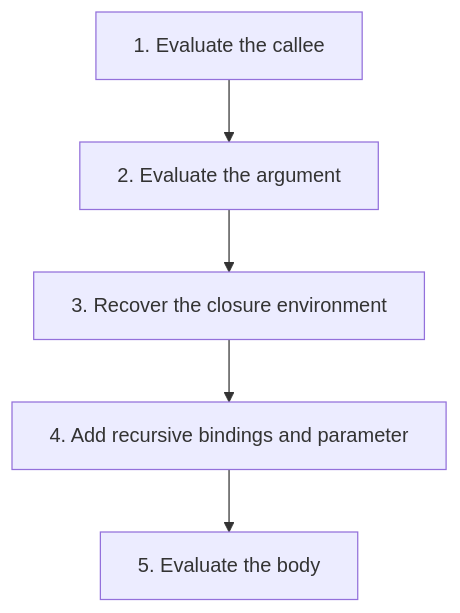
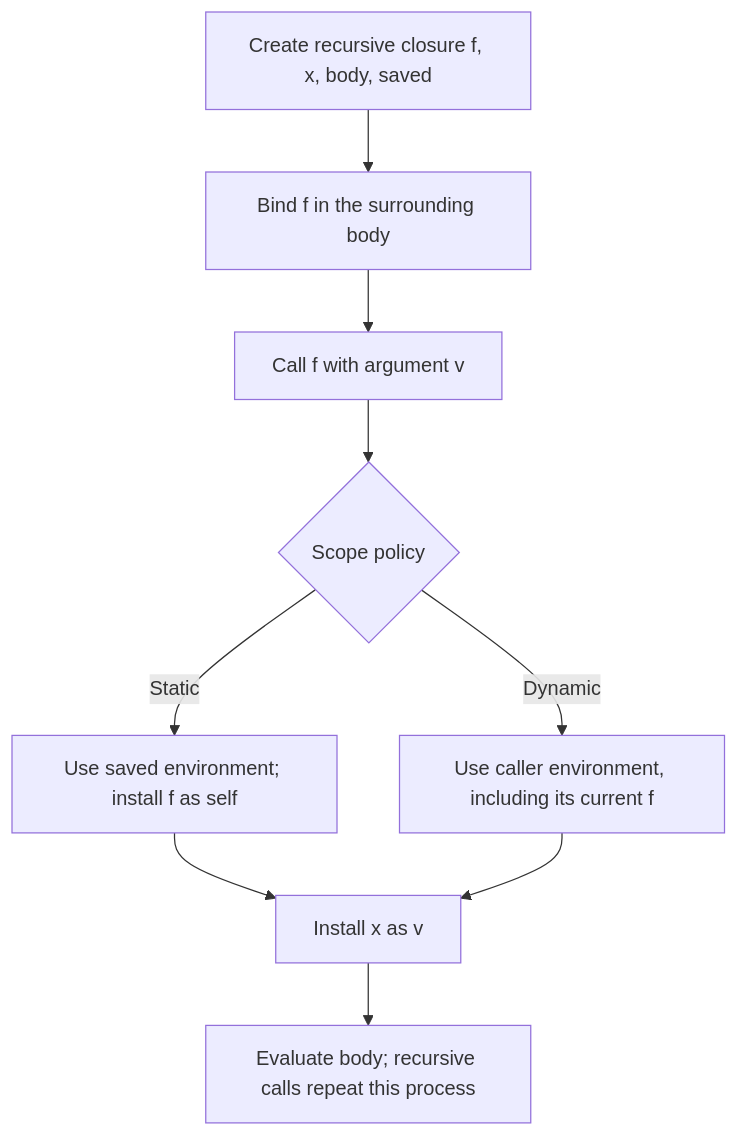
One commit to S0lluxx26/Programming_language_book_analyze changed the diagram in dist/assets/diagrams/textbook-04-3.mmd. Above: the diagram before and after it, drawn with Mermaid. The commit also changed 106 other files, not shown here.

```diff
--- a/dist/assets/diagrams/textbook-04-3.mmd
+++ b/dist/assets/diagrams/textbook-04-3.mmd
@@ -1,13 +1,11 @@
-%%{init: {"flowchart": {"wrappingWidth": 600}}}%%
 flowchart TD
-  accTitle: Lecture 6 reasoning route
-  accDescr: Numbered stages for applying procedures and recursive closures.
-  N0["1. Evaluate the callee"]
-  N1["2. Evaluate the argument"]
-  N0 --> N1
-  N2["3. Recover the closure environment"]
-  N1 --> N2
-  N3["4. Add recursive bindings and parameter"]
-  N2 --> N3
-  N4["5. Evaluate the body"]
-  N3 --> N4
+  accTitle: Chapter 4 - make recursion available inside its own body
+  accDescr: Static scope reinstalls the recursive function from its closure; dynamic scope keeps the caller's binding. Both then bind the argument.
+  A["Create recursive closure f, x, body, saved"] --> B["Bind f in the surrounding body"]
+  B --> C["Call f with argument v"]
+  C --> D{"Scope policy"}
+  D -->|Static| E["Use saved environment; install f as self"]
+  D -->|Dynamic| G["Use caller environment, including its current f"]
+  E --> H["Install x as v"]
+  G --> H
+  H --> F["Evaluate body; recursive calls repeat this process"]
```
